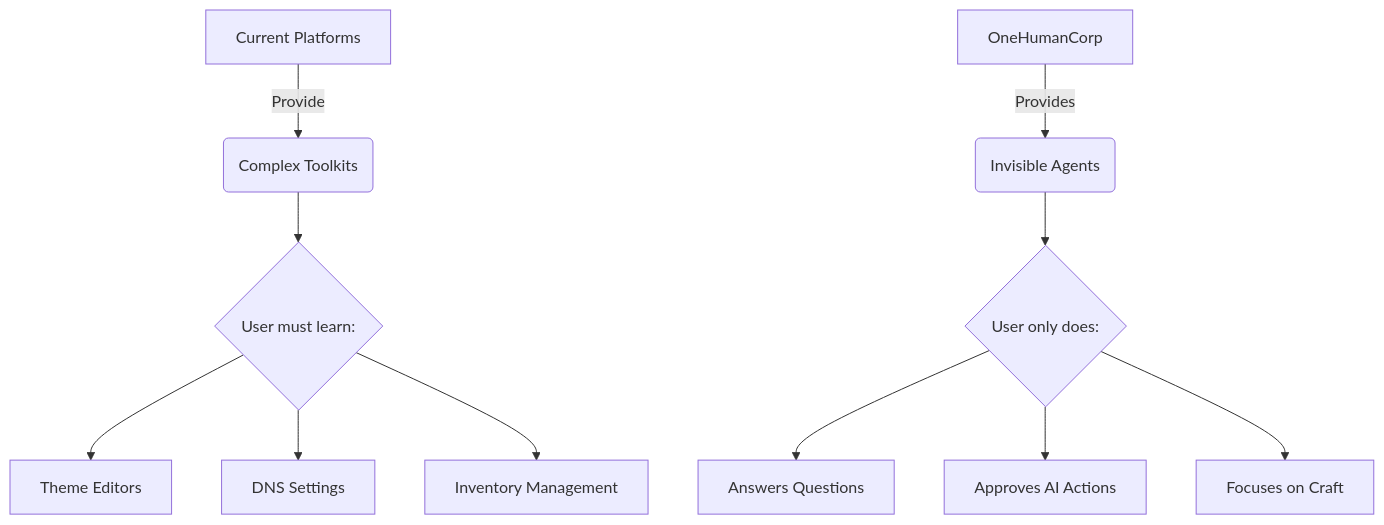
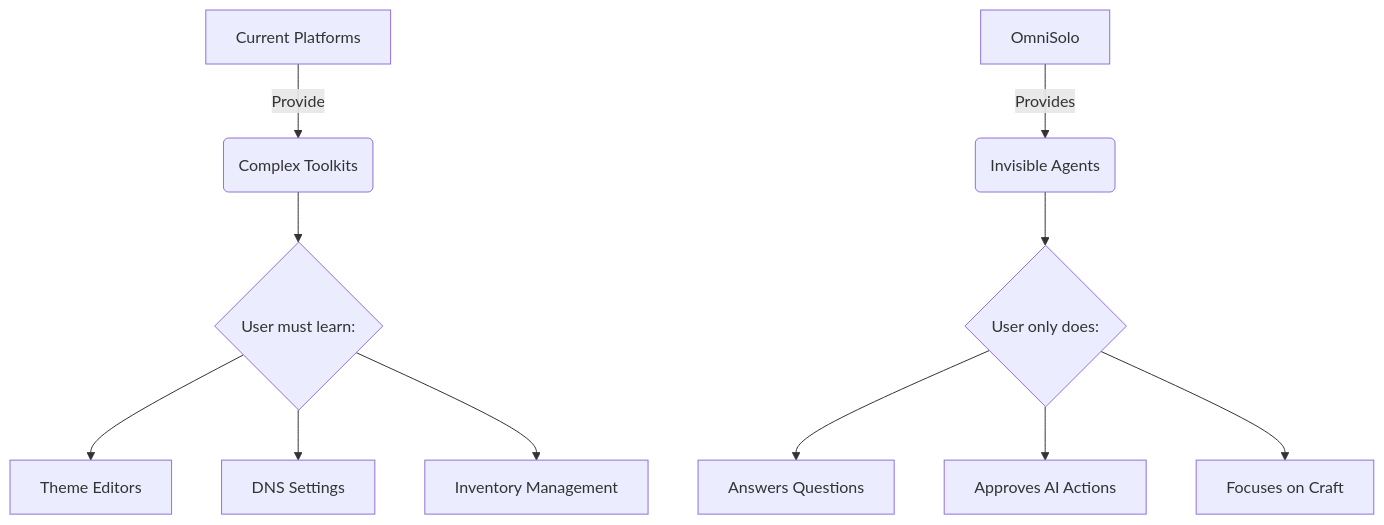
Before and after one commit to omnisolo-llc/onehumancorp: the diagram in docs/research/ohc_market_research_report_empowering_the_small_business_owner.md, drawn with Mermaid. The commit also changed other lines of this file and 1263 other files, not shown here.

Commit message:
Complete persisted production routes and OmniSolo product branding

````diff
--- a/docs/research/ohc_market_research_report_empowering_the_small_business_owner.md
+++ b/docs/research/ohc_market_research_report_empowering_the_small_business_owner.md
@@ -18,14 +18,14 @@
 ```mermaid
 graph TD;
     A[Current Platforms] -->|Provide| B(Complex Toolkits)
     B --> C{User must learn:}
     C --> D[Theme Editors]
     C --> E[DNS Settings]
     C --> F[Inventory Management]
 
-    G[OneHumanCorp] -->|Provides| H(Invisible Agents)
+    G[OmniSolo] -->|Provides| H(Invisible Agents)
     H --> I{User only does:}
     I --> J[Answers Questions]
     I --> K[Approves AI Actions]
     I --> L[Focuses on Craft]
 ```
````
